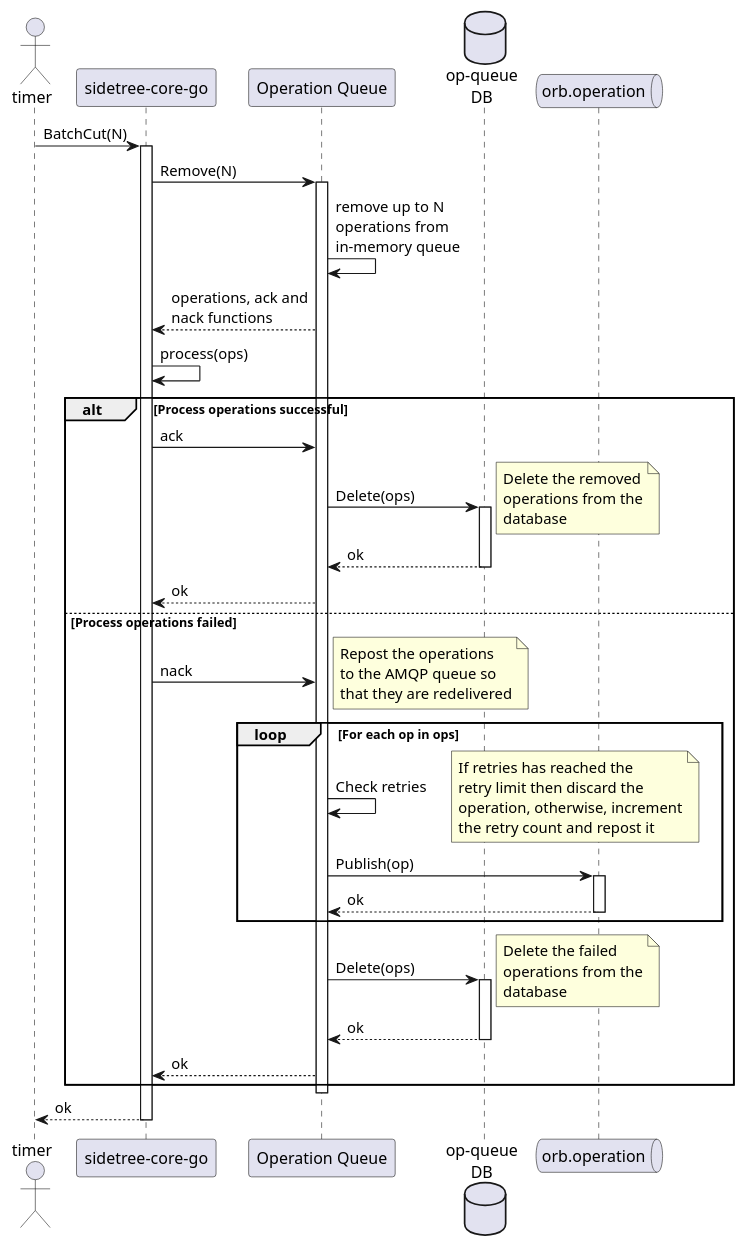
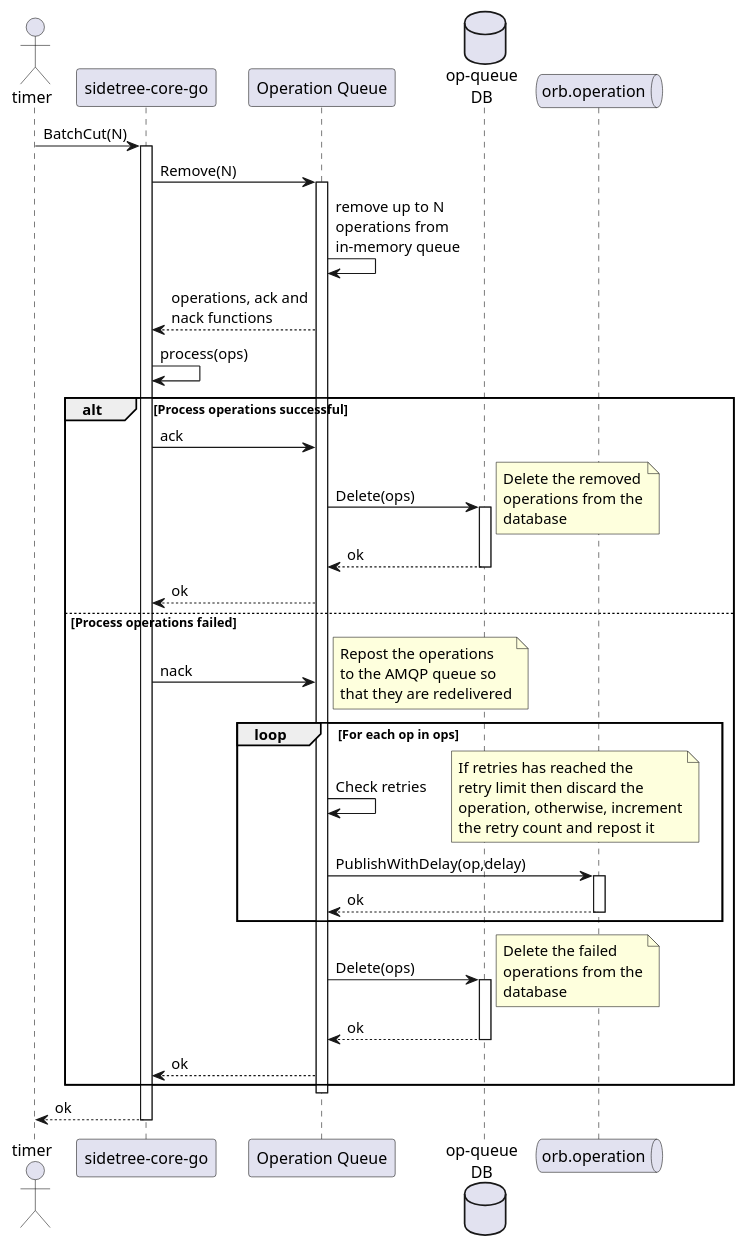
One commit to trustbloc/docs changed the diagram in readthedocs/source/orb/diagrams/op-queue-cut.puml. Above: the diagram before and after it, drawn with PlantUML. The commit also changed 4 other files, not shown here.

```diff
--- a/readthedocs/source/orb/diagrams/op-queue-cut.puml
+++ b/readthedocs/source/orb/diagrams/op-queue-cut.puml
@@ -1,86 +1,86 @@
 @startuml
 'https://plantuml.com/sequence-diagram
 
 actor timer
 
 participant "sidetree-core-go" as client
 
 participant "Operation Queue" as handler
 
 database "op-queue\nDB" as opQueueDB
 queue "orb.operation" as opQueue
 
 timer -> client: BatchCut(N)
 
 activate client
 
 client -> handler: Remove(N)
 
 activate handler
   handler -> handler: remove up to N\noperations from\nin-memory queue
   handler --> client: operations, ack and\nnack functions
 
   client -> client: process(ops)
 
 alt Process operations successful
   client -> handler: ack
 
   handler -> opQueueDB: Delete(ops)
   activate opQueueDB
 
   note right
     Delete the removed
     operations from the
     database
   end note
 
   opQueueDB --> handler: ok
   deactivate opQueueDB
   handler --> client: ok
 else Process operations failed
   client -> handler: nack
 
   note right
     Repost the operations
     to the AMQP queue so
     that they are redelivered
   end note
 
   loop For each op in ops
     handler -> handler: Check retries
 
     note right
       If retries has reached the
       retry limit then discard the
       operation, otherwise, increment
       the retry count and repost it
     end note
 
-    handler -> opQueue: Publish(op)
+    handler -> opQueue: PublishWithDelay(op,delay)
     activate opQueue
     opQueue --> handler: ok
     deactivate opQueue
   end loop
 
   handler -> opQueueDB: Delete(ops)
   activate opQueueDB
 
   note right
     Delete the failed
     operations from the
     database
   end note
 
   opQueueDB --> handler: ok
   deactivate opQueueDB
 
   handler --> client: ok
 end
 
 deactivate handler
 
 client --> timer: ok
 
 deactivate client
 
 @enduml
```
